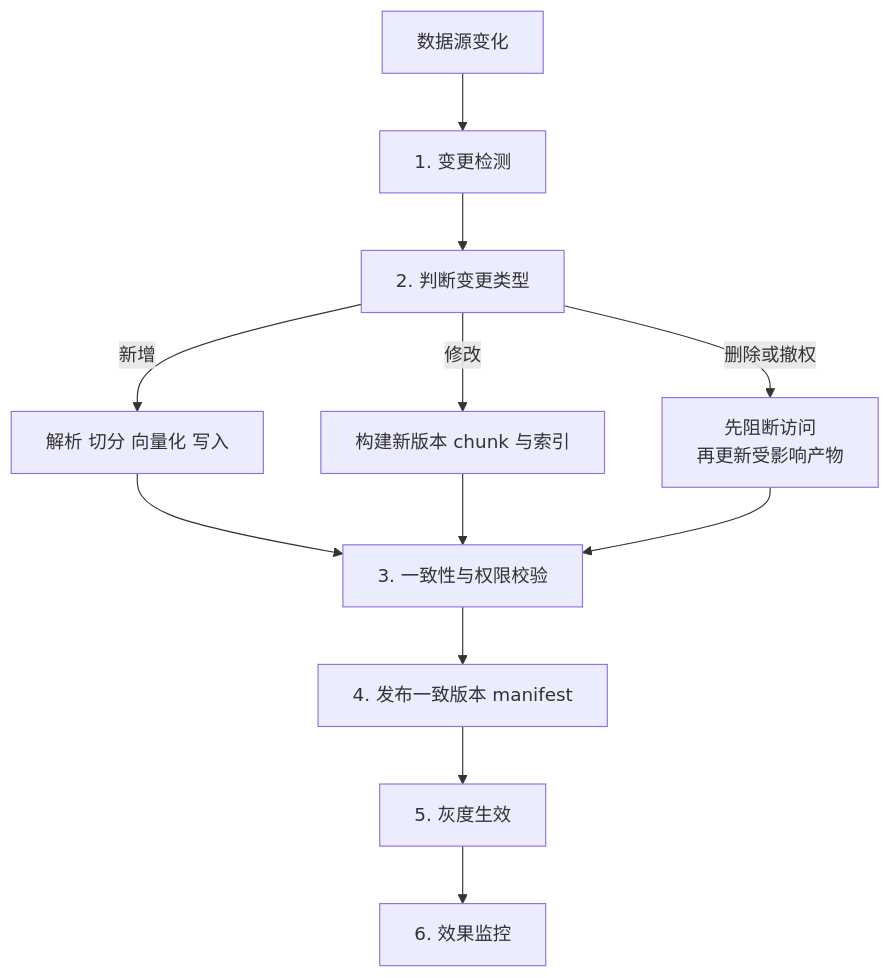
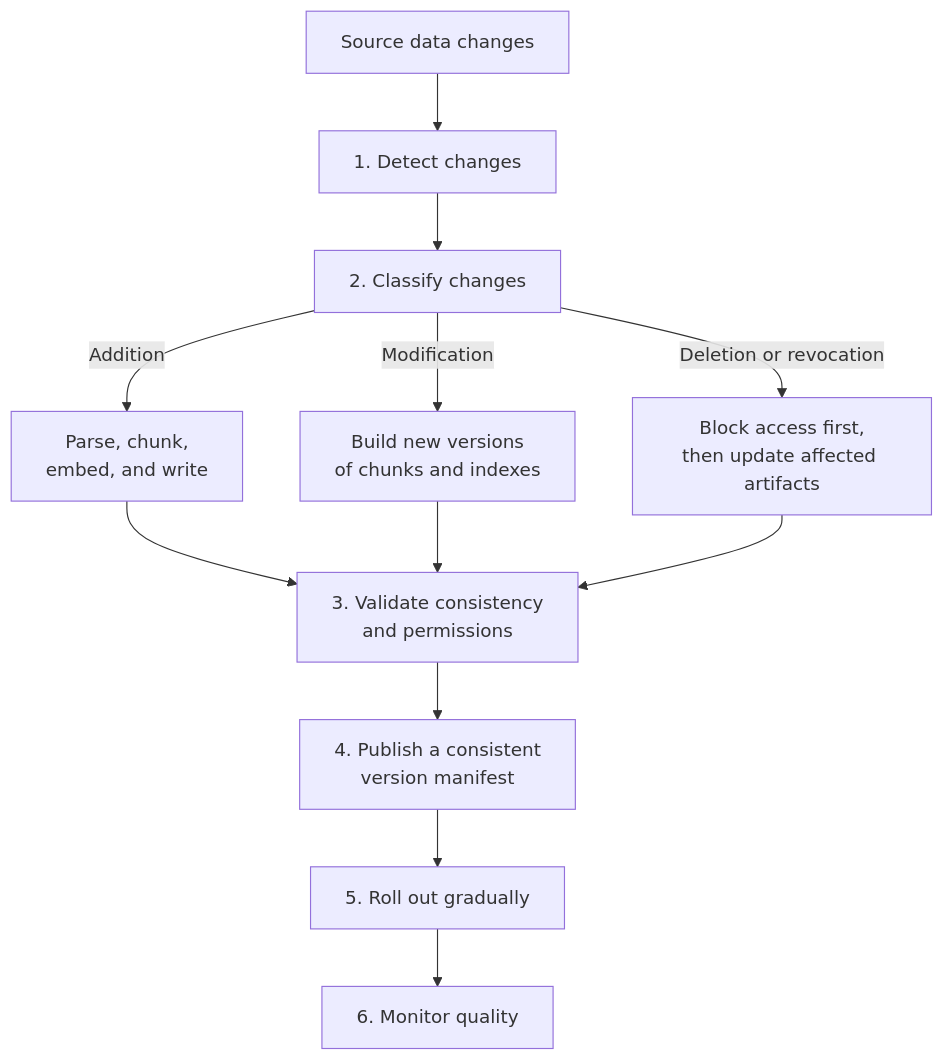
The first of 3 diagrams in docs/rag/06-operations-security/19-dynamic-update.md (oneleaveknowsthefall/awesome-ai-roadmap), drawn with Mermaid before and after one commit. The commit also changed other lines of this file and 60 other files, not shown here.

````diff
--- a/docs/rag/06-operations-security/19-dynamic-update.md
+++ b/docs/rag/06-operations-security/19-dynamic-update.md
@@ -17,14 +17,14 @@
 ```mermaid
 flowchart TB
-    S[数据源变化] --> D[1. 变更检测]
-    D --> C[2. 判断变更类型]
-    C -->|新增| ADD[解析 切分 向量化 写入]
-    C -->|修改| MOD[构建新版本 chunk 与索引]
-    C -->|删除或撤权| DEL[先阻断访问<br/>再更新受影响产物]
-    ADD --> V[3. 一致性与权限校验]
+    S[Source data changes] --> D[1. Detect changes]
+    D --> C[2. Classify changes]
+    C -->|Addition| ADD[Parse, chunk,<br/>embed, and write]
+    C -->|Modification| MOD[Build new versions<br/>of chunks and indexes]
+    C -->|Deletion or revocation| DEL[Block access first,<br/>then update affected artifacts]
+    ADD --> V[3. Validate consistency<br/>and permissions]
     MOD --> V
     DEL --> V
-    V --> A[4. 发布一致版本 manifest]
-    A --> G[5. 灰度生效]
-    G --> M[6. 效果监控]
+    V --> A[4. Publish a consistent<br/>version manifest]
+    A --> G[5. Roll out gradually]
+    G --> M[6. Monitor quality]
 ```
````
